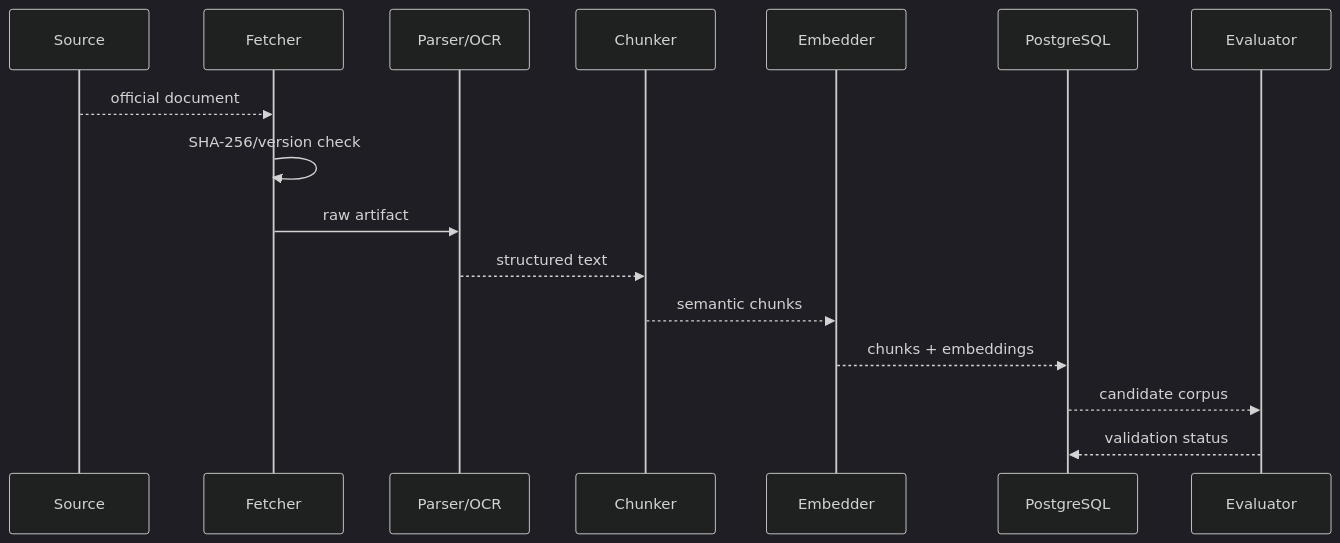
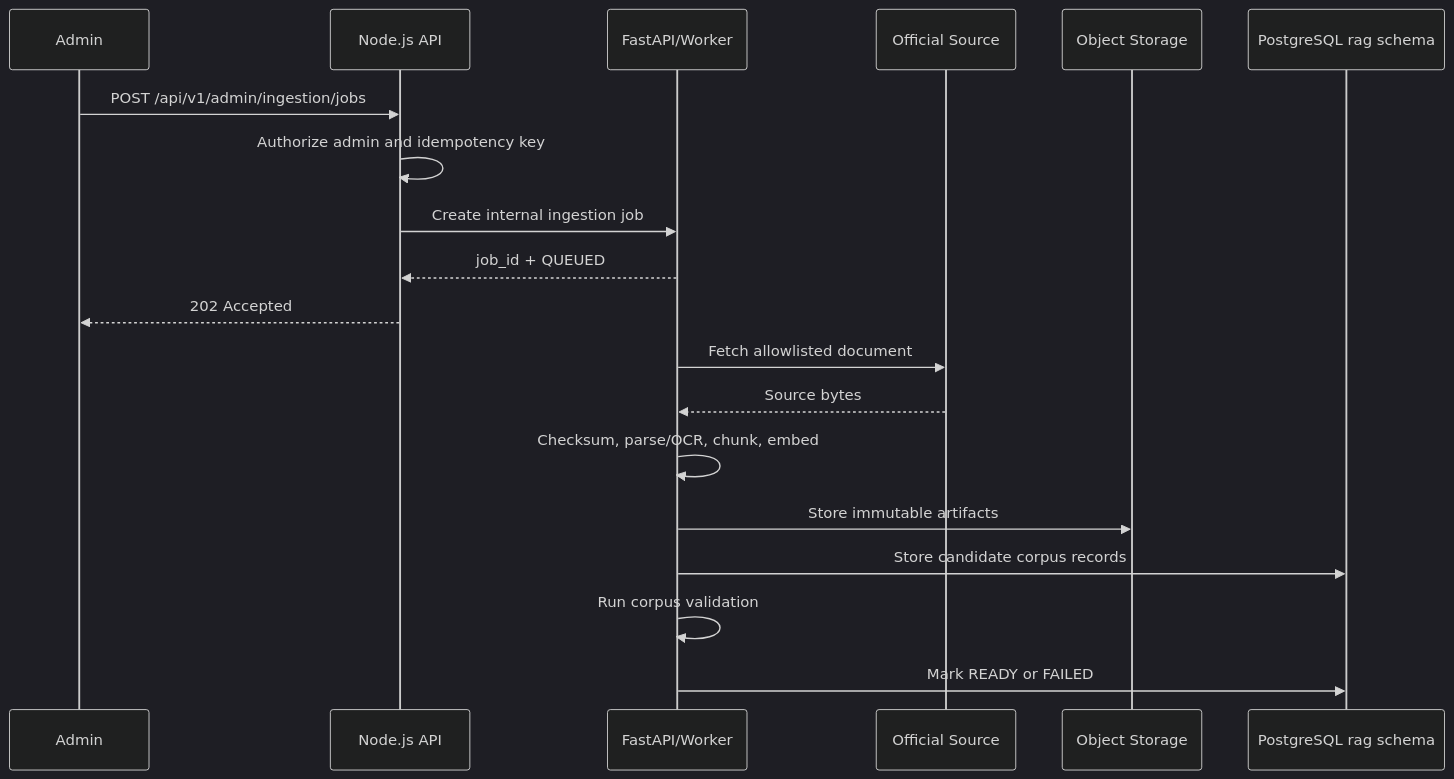
The eighth of 9 diagrams in docs/27-SEQUENCE-DIAGRAMS.md (aaryashah1010/Sih_rag), drawn with Mermaid (dark theme) before and after one commit. The commit also changed other lines of this file and 12 other files, not shown here.

````diff
--- a/docs/27-SEQUENCE-DIAGRAMS.md
+++ b/docs/27-SEQUENCE-DIAGRAMS.md
@@ -105,19 +155,22 @@
 ```mermaid
 sequenceDiagram
-    participant S as Source
-    participant F as Fetcher
-    participant P as Parser/OCR
-    participant C as Chunker
-    participant E as Embedder
-    participant DB as PostgreSQL
-    participant Q as Evaluator
+    participant A as Admin
+    participant N as Node.js API
+    participant F as FastAPI/Worker
+    participant S as Official Source
+    participant O as Object Storage
+    participant DB as PostgreSQL rag schema
 
-    S-->>F: official document
-    F->>F: SHA-256/version check
-    F->>P: raw artifact
-    P-->>C: structured text
-    C-->>E: semantic chunks
-    E-->>DB: chunks + embeddings
-    DB-->>Q: candidate corpus
-    Q-->>DB: validation status
+    A->>N: POST /api/v1/admin/ingestion/jobs
+    N->>N: Authorize admin and idempotency key
+    N->>F: Create internal ingestion job
+    F-->>N: job_id + QUEUED
+    N-->>A: 202 Accepted
+    F->>S: Fetch allowlisted document
+    S-->>F: Source bytes
+    F->>F: Checksum, parse/OCR, chunk, embed
+    F->>O: Store immutable artifacts
+    F->>DB: Store candidate corpus records
+    F->>F: Run corpus validation
+    F->>DB: Mark READY or FAILED
 ```
````
